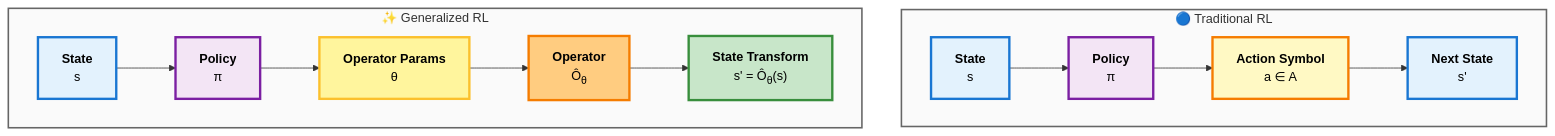
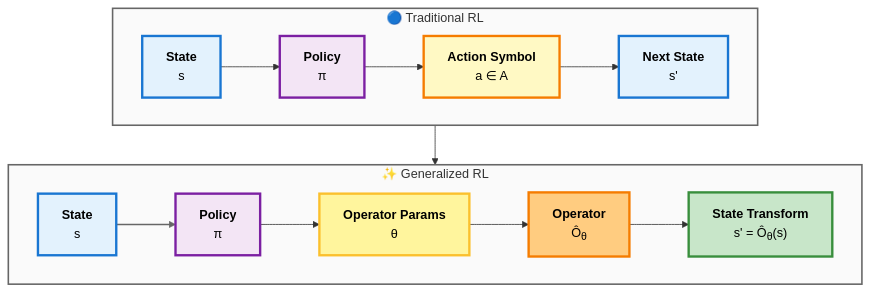
The first of 2 diagrams in README.md (pleiadian53/GRL), drawn with Mermaid before and after one commit.

Commit message:
fix: Stack Traditional RL on top, GRL on bottom

````diff
--- a/README.md
+++ b/README.md
@@ -15,31 +15,35 @@
 ```mermaid
 flowchart TB
     subgraph TRL["🔵 Traditional RL"]
         direction LR
         S1["<b>State</b><br/>s"] --> P1["<b>Policy</b><br/>π"]
         P1 --> A1["<b>Action Symbol</b><br/>a ∈ A"]
         A1 --> NS1["<b>Next State</b><br/>s'"]
     end
+    
+    TRL --> GRL
     
     subgraph GRL["✨ Generalized RL"]
         direction LR
         S2["<b>State</b><br/>s"] --> P2["<b>Policy</b><br/>π"]
         P2 --> AP["<b>Operator Params</b><br/>θ"]
         AP --> OP["<b>Operator</b><br/>Ô<sub>θ</sub>"]
         OP --> ST["<b>State Transform</b><br/>s' = Ô<sub>θ</sub>(s)"]
     end
     
     style S1 fill:#e3f2fd,stroke:#1976d2,stroke-width:3px,color:#000
     style NS1 fill:#e3f2fd,stroke:#1976d2,stroke-width:3px,color:#000
     style A1 fill:#fff9c4,stroke:#f57c00,stroke-width:3px,color:#000
     style P1 fill:#f3e5f5,stroke:#7b1fa2,stroke-width:3px,color:#000
     
     style S2 fill:#e3f2fd,stroke:#1976d2,stroke-width:3px,color:#000
     style ST fill:#c8e6c9,stroke:#388e3c,stroke-width:3px,color:#000
     style AP fill:#fff59d,stroke:#fbc02d,stroke-width:3px,color:#000
     style OP fill:#ffcc80,stroke:#f57c00,stroke-width:3px,color:#000
     style P2 fill:#f3e5f5,stroke:#7b1fa2,stroke-width:3px,color:#000
     
     style TRL fill:#fafafa,stroke:#666,stroke-width:2px
     style GRL fill:#fafafa,stroke:#666,stroke-width:2px
+    
+    linkStyle 4 stroke:#666,stroke-width:2px
 ```
````
